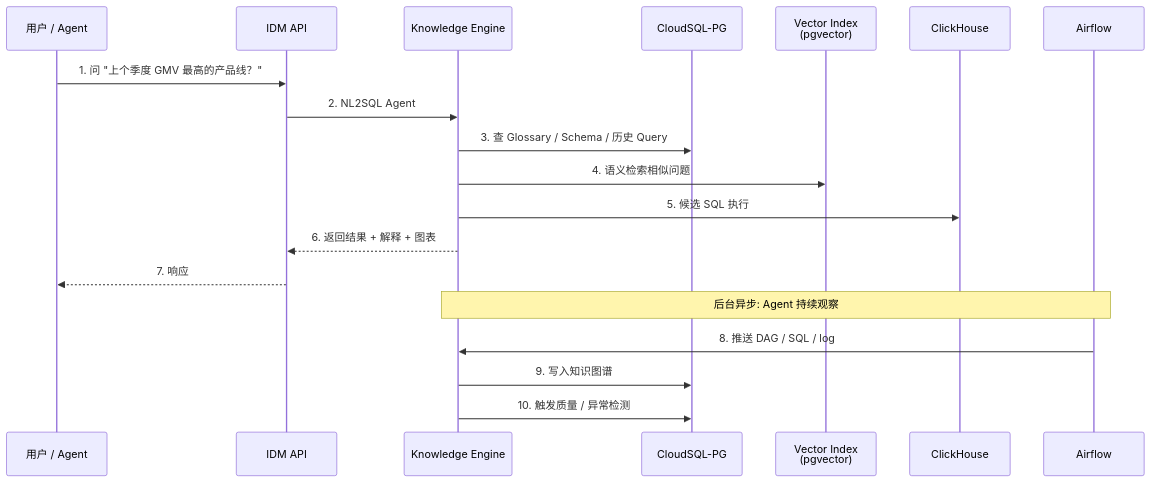
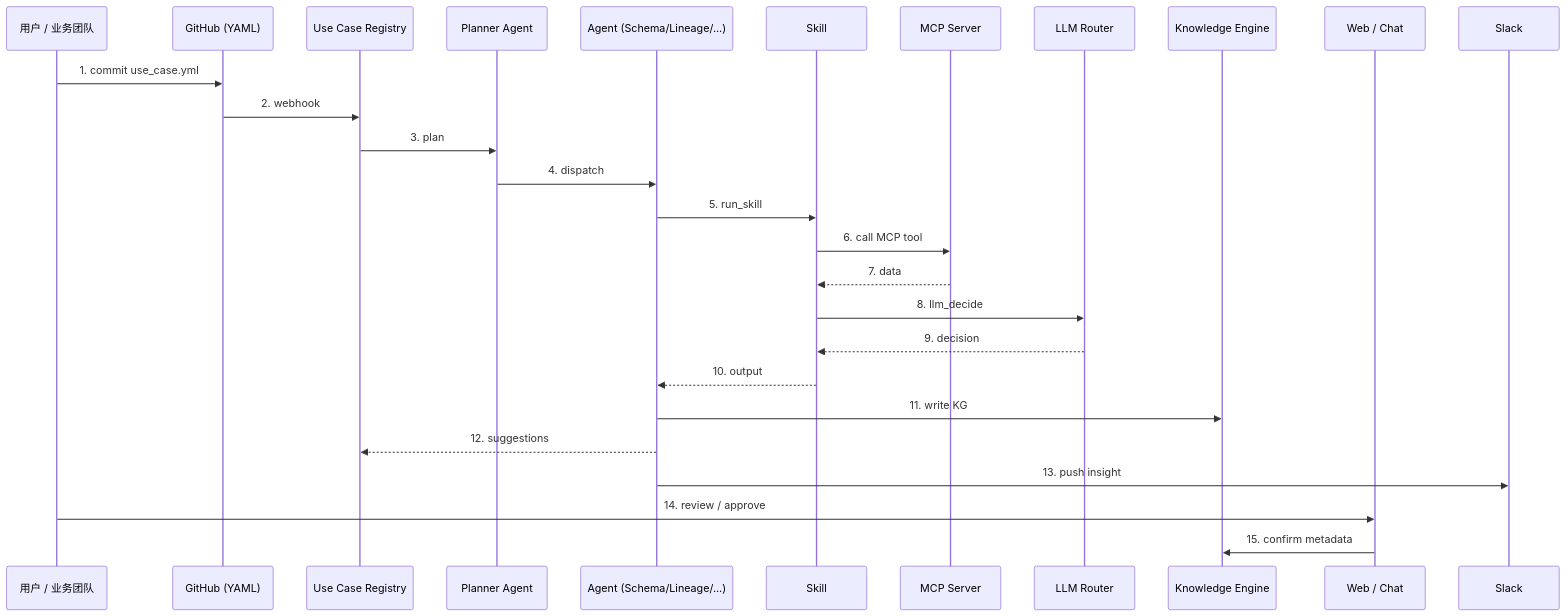
The third of 8 diagrams in docs/design/architecture.md (gavenlv/idm), drawn with Mermaid before and after one commit. The commit also changed other lines of this file and 92 other files, not shown here.

Commit message:
M1 S1.1: foundation scaffolding (monorepo + idm-api + idm-kg + alembic + web)

````diff
--- a/docs/design/architecture.md
+++ b/docs/design/architecture.md
@@ -149,23 +161,30 @@
 ```mermaid
 sequenceDiagram
-    participant U as 用户 / Agent
-    participant API as IDM API
+    participant U as 用户 / 业务团队
+    participant GH as GitHub (YAML)
+    participant UC as Use Case Registry
+    participant PL as Planner Agent
+    participant AG as Agent (Schema/Lineage/...)
+    participant SK as Skill
+    participant M as MCP Server
+    participant LR as LLM Router
     participant KE as Knowledge Engine
-    participant DB as CloudSQL-PG
-    participant VEC as Vector Index<br/>(pgvector)
-    participant CH as ClickHouse
-    participant AR as Airflow
+    participant UI as Web / Chat
+    participant SL as Slack
 
-    U->>API: 1. 问 "上个季度 GMV 最高的产品线？"
-    API->>KE: 2. NL2SQL Agent
-    KE->>DB: 3. 查 Glossary / Schema / 历史 Query
-    KE->>VEC: 4. 语义检索相似问题
-    KE->>CH: 5. 候选 SQL 执行
-    KE-->>API: 6. 返回结果 + 解释 + 图表
-    API-->>U: 7. 响应
-
-    Note over KE,AR: 后台异步: Agent 持续观察
-    AR->>KE: 8. 推送 DAG / SQL / log
-    KE->>DB: 9. 写入知识图谱
-    KE->>DB: 10. 触发质量 / 异常检测
+    U->>GH: 1. commit use_case.yml
+    GH->>UC: 2. webhook
+    UC->>PL: 3. plan
+    PL->>AG: 4. dispatch
+    AG->>SK: 5. run_skill
+    SK->>M: 6. call MCP tool
+    M-->>SK: 7. data
+    SK->>LR: 8. llm_decide
+    LR-->>SK: 9. decision
+    SK-->>AG: 10. output
+    AG->>KE: 11. write KG
+    AG-->>UC: 12. suggestions
+    AG->>SL: 13. push insight
+    U->>UI: 14. review / approve
+    UI->>KE: 15. confirm metadata
 ```
````
